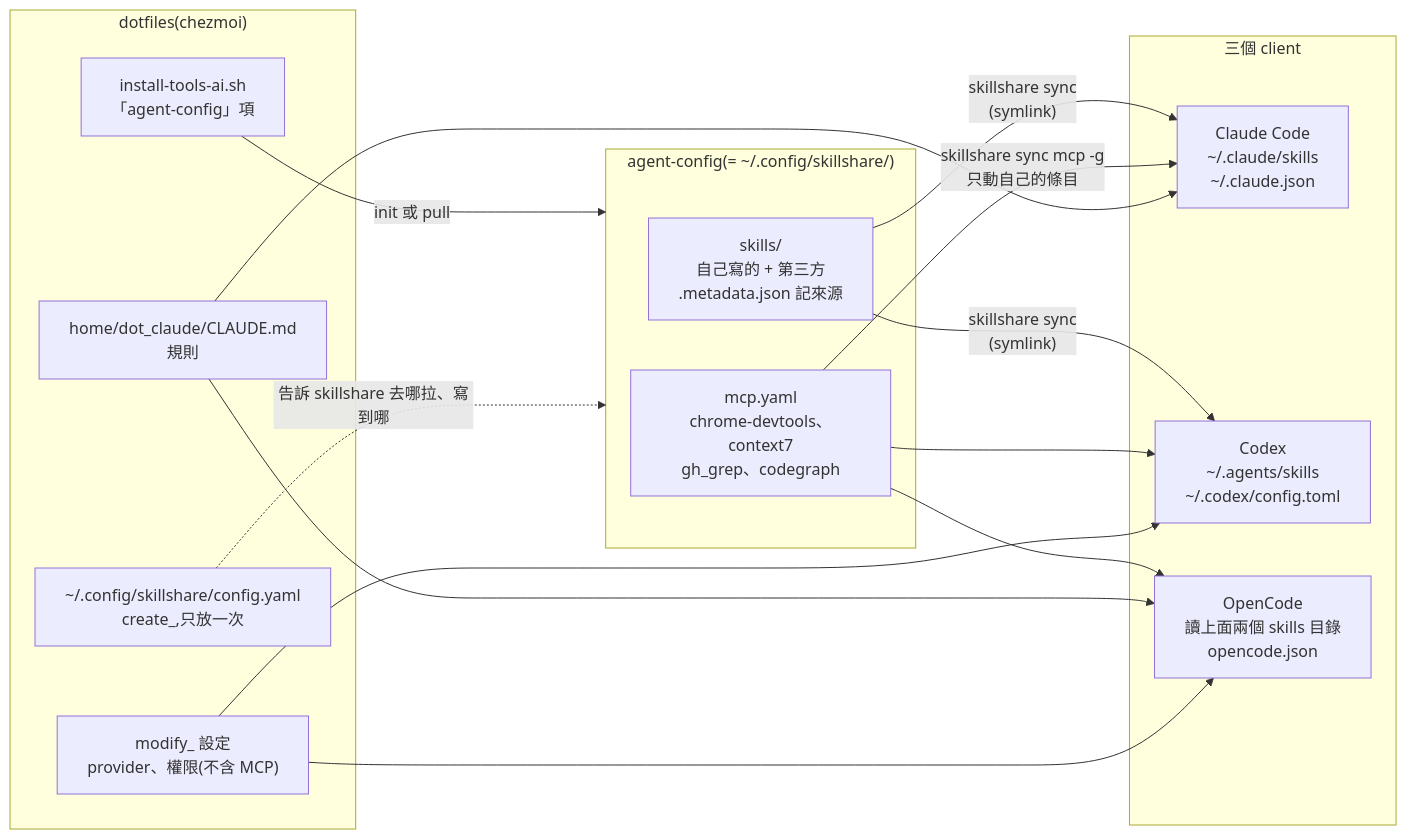
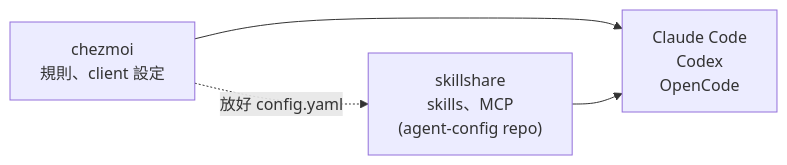
The first of 2 diagrams in docs/ai-agent-setup.md (henry5720/dotfiles), drawn with Mermaid before and after one commit. The commit also changed other lines of this file and 10 other files, not shown here.

First line of the commit message:
docs: 對齊 skillshare 之後的現況,流程改用 mermaid 圖

````diff
--- a/docs/ai-agent-setup.md
+++ b/docs/ai-agent-setup.md
@@ -27,32 +26,10 @@
 ```mermaid
 flowchart LR
-  subgraph dotfiles["dotfiles(chezmoi)"]
-    rules["home/dot_claude/CLAUDE.md<br/>規則"]
-    clientcfg["modify_ 設定<br/>provider、權限(不含 MCP)"]
-    sscfg["~/.config/skillshare/config.yaml<br/>create_,只放一次"]
-    toolsai["install-tools-ai.sh<br/>「agent-config」項"]
-  end
+  chezmoi["chezmoi<br/>規則、client 設定"]
+  skillshare["skillshare<br/>skills、MCP<br/>(agent-config repo)"]
+  clients["Claude Code<br/>Codex<br/>OpenCode"]
 
-  subgraph agentconfig["agent-config(= ~/.config/skillshare/)"]
-    skills["skills/<br/>自己寫的 + 第三方<br/>.metadata.json 記來源"]
-    mcp["mcp.yaml<br/>chrome-devtools、context7<br/>gh_grep、codegraph"]
-  end
-
-  subgraph clients["三個 client"]
-    claude["Claude Code<br/>~/.claude/skills<br/>~/.claude.json"]
-    codex["Codex<br/>~/.agents/skills<br/>~/.codex/config.toml"]
-    opencode["OpenCode<br/>讀上面兩個 skills 目錄<br/>opencode.json"]
-  end
-
-  toolsai -- "init 或 pull" --> agentconfig
-  sscfg -. "告訴 skillshare 去哪拉、寫到哪" .-> agentconfig
-  skills -- "skillshare sync<br/>(symlink)" --> claude
-  skills -- "skillshare sync<br/>(symlink)" --> codex
-  mcp -- "skillshare sync mcp -g<br/>只動自己的條目" --> claude
-  mcp --> codex
-  mcp --> opencode
-  rules --> claude
-  rules --> opencode
-  clientcfg --> codex
-  clientcfg --> opencode
+  chezmoi --> clients
+  skillshare --> clients
+  chezmoi -. "放好 config.yaml" .-> skillshare
 ```
````
